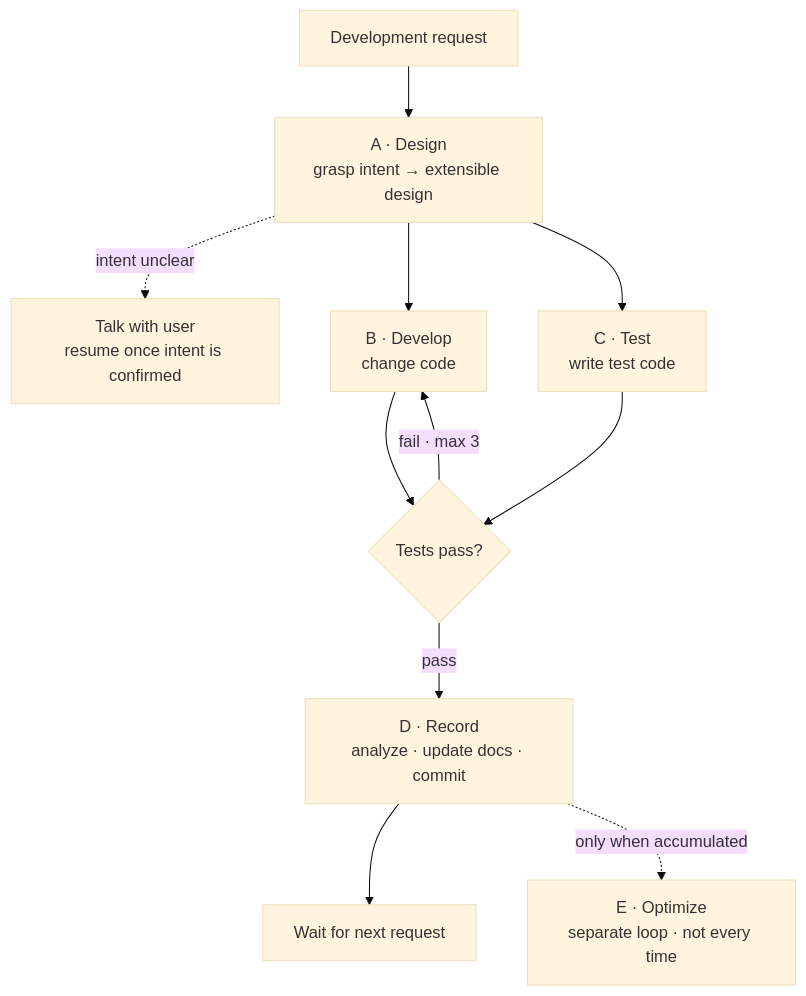
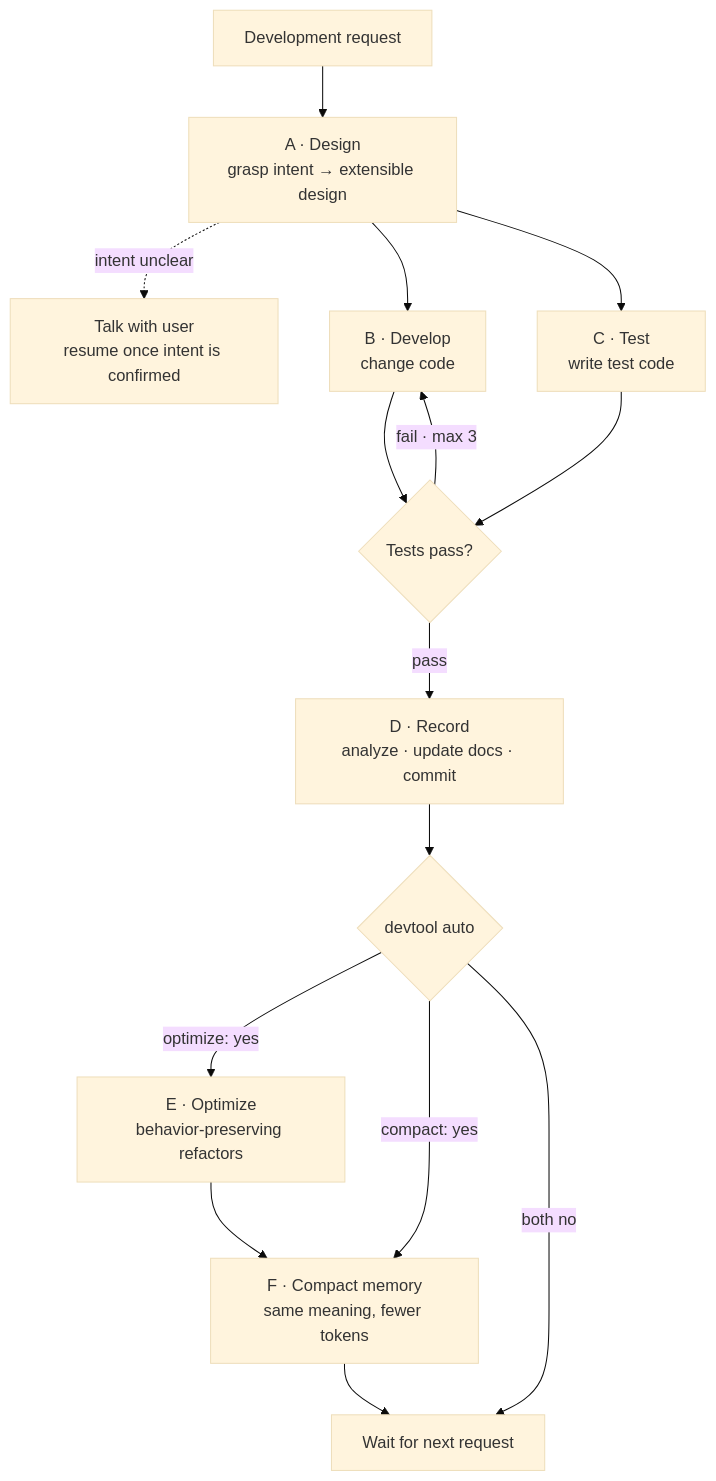
The first of 2 diagrams in dev/docs/design.md (qkrwhdah03/work-pipeline), drawn with Mermaid (base theme) before and after one commit. The commit also changed other lines of this file and 17 other files, not shown here.

````diff
--- a/dev/docs/design.md
+++ b/dev/docs/design.md
@@ -107,13 +107,17 @@
 ```mermaid
 flowchart TD
     REQ[Development request] --> A["A · Design<br/>grasp intent → extensible design"]
     A -.->|intent unclear| ASK["Talk with user<br/>resume once intent is confirmed"]
     A --> B["B · Develop<br/>change code"]
     A --> C["C · Test<br/>write test code"]
     B --> T{Tests pass?}
     C --> T
     T -->|"fail · max 3"| B
     T -->|pass| D["D · Record<br/>analyze · update docs · commit"]
-    D --> W[Wait for next request]
-    D -.->|only when accumulated| E["E · Optimize<br/>separate loop · not every time"]
+    D --> H{"devtool auto"}
+    H -->|"optimize: yes"| E["E · Optimize<br/>behavior-preserving refactors"]
+    H -->|"compact: yes"| F["F · Compact memory<br/>same meaning, fewer tokens"]
+    E --> F
+    H -->|both no| W[Wait for next request]
+    F --> W
 ```
````
